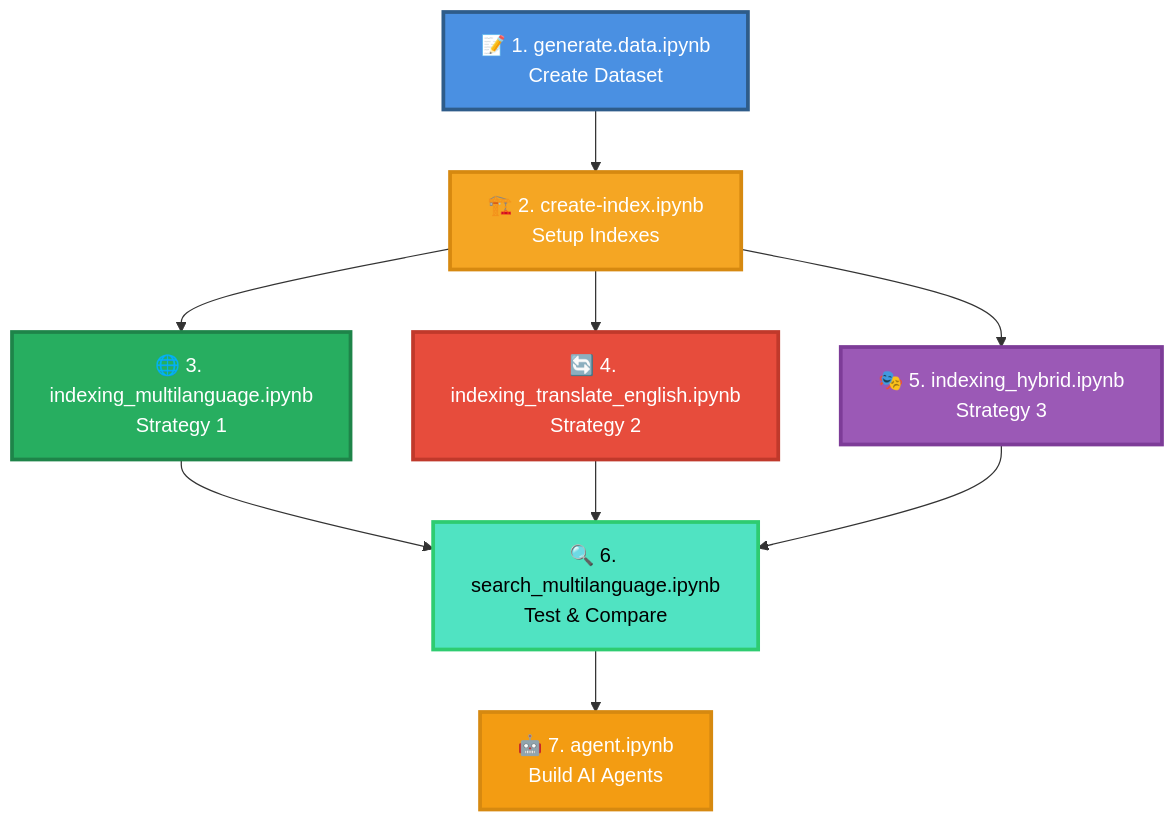
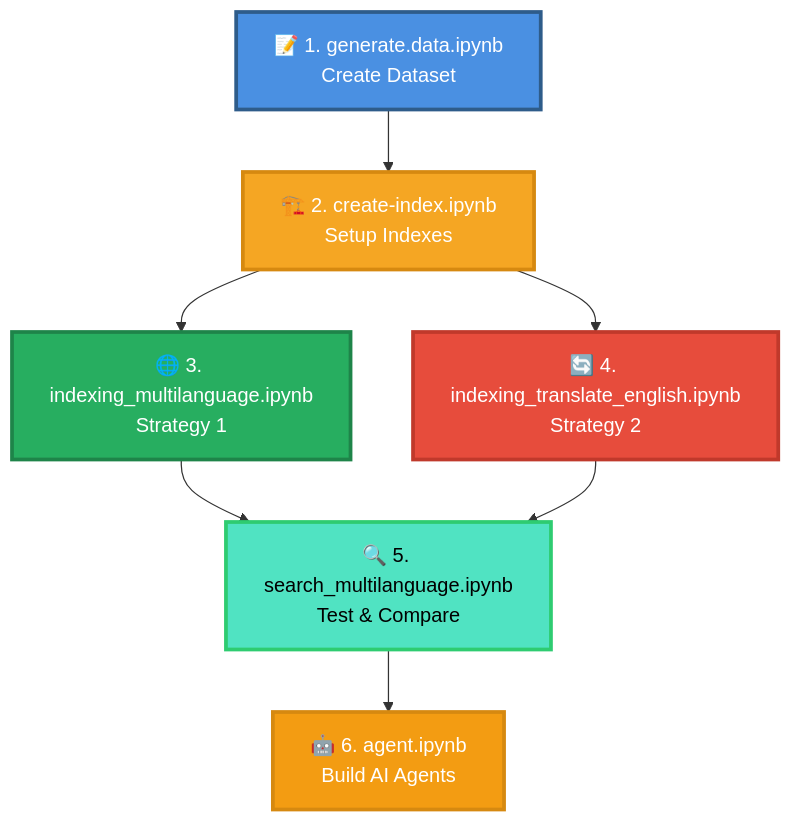
The third of 6 diagrams in README.md (hugogirard/RagMultilanguageDemo), drawn with Mermaid before and after one commit. The commit also changed other lines of this file and 5 other files, not shown here.

First line of the commit message:
Refactor multilingual indexing notebooks and remove hybrid indexing notebook

````diff
--- a/README.md
+++ b/README.md
@@ -522,22 +467,19 @@
 ```mermaid
 graph TB
     A[📝 1. generate.data.ipynb<br/>Create Dataset] --> B[🏗️ 2. create-index.ipynb<br/>Setup Indexes]
     
     B --> C[🌐 3. indexing_multilanguage.ipynb<br/>Strategy 1]
     B --> D[🔄 4. indexing_translate_english.ipynb<br/>Strategy 2]
-    B --> E[🎭 5. indexing_hybrid.ipynb<br/>Strategy 3]
     
-    C --> F[🔍 6. search_multilanguage.ipynb<br/>Test & Compare]
-    D --> F
-    E --> F
+    C --> E[🔍 5. search_multilanguage.ipynb<br/>Test & Compare]
+    D --> E
     
-    F --> G[🤖 7. agent.ipynb<br/>Build AI Agents]
+    E --> F[🤖 6. agent.ipynb<br/>Build AI Agents]
     
     style A fill:#4A90E2,stroke:#2E5C8A,stroke-width:3px,color:#fff
     style B fill:#F5A623,stroke:#D68910,stroke-width:3px,color:#fff
     style C fill:#27AE60,stroke:#1E8449,stroke-width:3px,color:#fff
     style D fill:#E74C3C,stroke:#C0392B,stroke-width:3px,color:#fff
-    style E fill:#9B59B6,stroke:#7D3C98,stroke-width:3px,color:#fff
-    style F fill:#50E3C2,stroke:#2ECC71,stroke-width:3px,color:#000
-    style G fill:#F39C12,stroke:#D68910,stroke-width:3px,color:#fff
+    style E fill:#50E3C2,stroke:#2ECC71,stroke-width:3px,color:#000
+    style F fill:#F39C12,stroke:#D68910,stroke-width:3px,color:#fff
 ```
````
